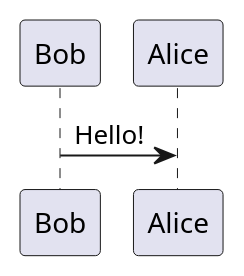
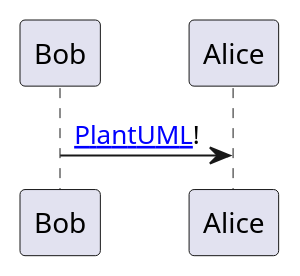
One commit to Empanados/WritersideProject changed the diagram in Writerside/topics/Writerside/topics/snippet-example.md. Above: the diagram before and after it, drawn with PlantUML.

Commit message:
add link to the site

````diff
--- a/Writerside/topics/Writerside/topics/snippet-example.md
+++ b/Writerside/topics/Writerside/topics/snippet-example.md
@@ -11,5 +11,5 @@
 ```plantuml
 @startuml
-Bob->Alice : Hello!
+Bob->Alice : [[https://plantuml.com/{Официальный сайт PlantUML} PlantUML]]!
 @enduml
 ```
````
